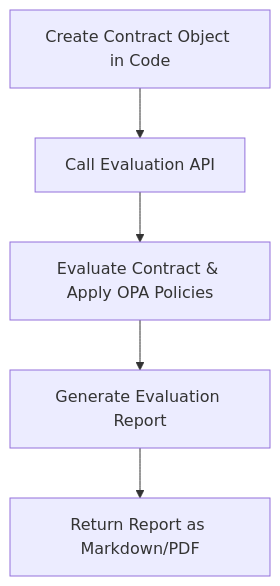
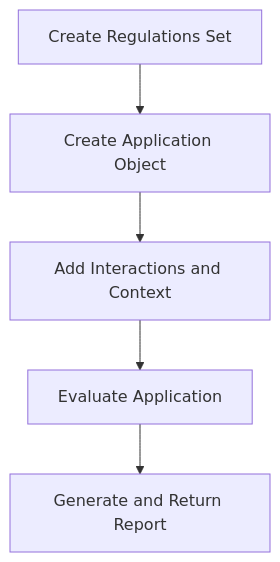
Before and after one commit to Principled-Evolution/aicertify: the second of 2 diagrams in docs/developer_guide.md, drawn with Mermaid. The commit also changed other lines of this file and 35 other files, not shown here.

````diff
--- a/docs/developer_guide.md
+++ b/docs/developer_guide.md
@@ -97,7 +185,7 @@
 ```mermaid
 graph TD
-    A[Create Contract Object in Code] --> B[Call Evaluation API]
-    B --> C[Evaluate Contract & Apply OPA Policies]
-    C --> D[Generate Evaluation Report]
-    D --> E[Return Report as Markdown/PDF]
+    A[Create Regulations Set] --> B[Create Application Object]
+    B --> C[Add Interactions and Context]
+    C --> D[Evaluate Application]
+    D --> E[Generate and Return Report]
 ```
````
